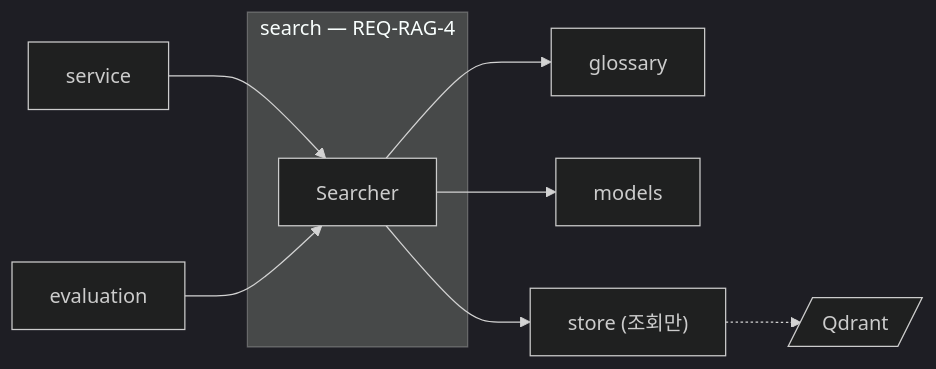
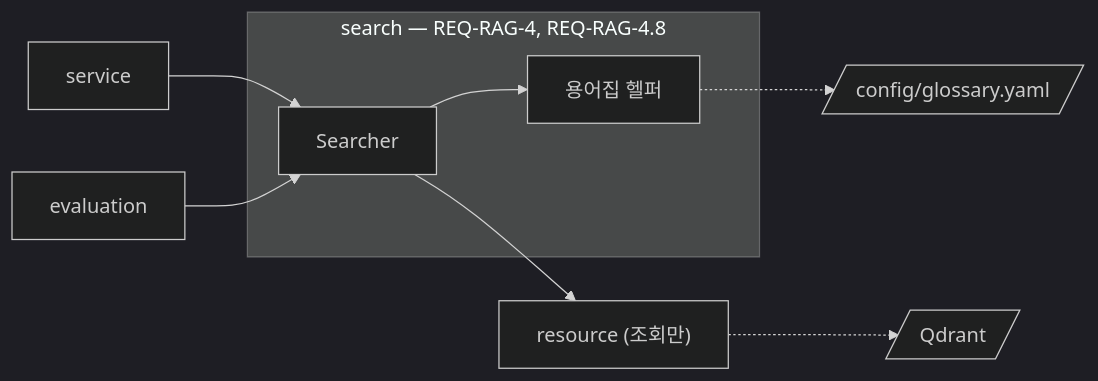
One commit to victor7-aquila/minerva changed the first of 3 diagrams in apps/rag-server/src/minerva_rag/search/MODULE.md. Above: the diagram before and after it, drawn with Mermaid (dark theme). The commit also changed other lines of this file and 19 other files, not shown here.

````diff
--- a/apps/rag-server/src/minerva_rag/search/MODULE.md
+++ b/apps/rag-server/src/minerva_rag/search/MODULE.md
@@ -45,12 +53,11 @@
 ```mermaid
 flowchart LR
     Service["service"] --> Searcher
     Evaluation["evaluation"] --> Searcher
-    subgraph Boundary["search — REQ-RAG-4"]
-        Searcher["Searcher"]
+    subgraph Boundary["search — REQ-RAG-4, REQ-RAG-4.8"]
+        Searcher["Searcher"] --> Glossary["용어집 헬퍼"]
     end
-    Searcher --> Glossary["glossary"]
-    Searcher --> Models["models"]
-    Searcher --> Store["store (조회만)"]
-    Store -.-> Qdrant[/"Qdrant"/]
+    Glossary -.-> File[/"config/glossary.yaml"/]
+    Searcher --> Resource["resource (조회만)"]
+    Resource -.-> Qdrant[/"Qdrant"/]
 ```
````
